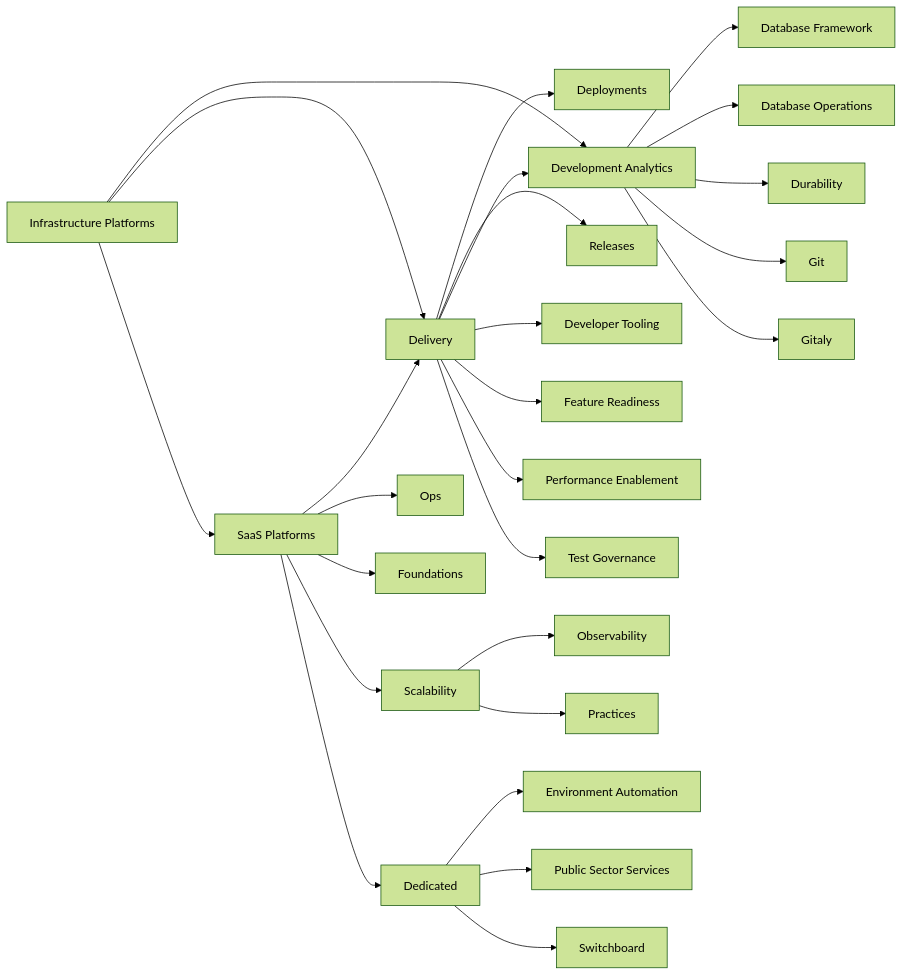
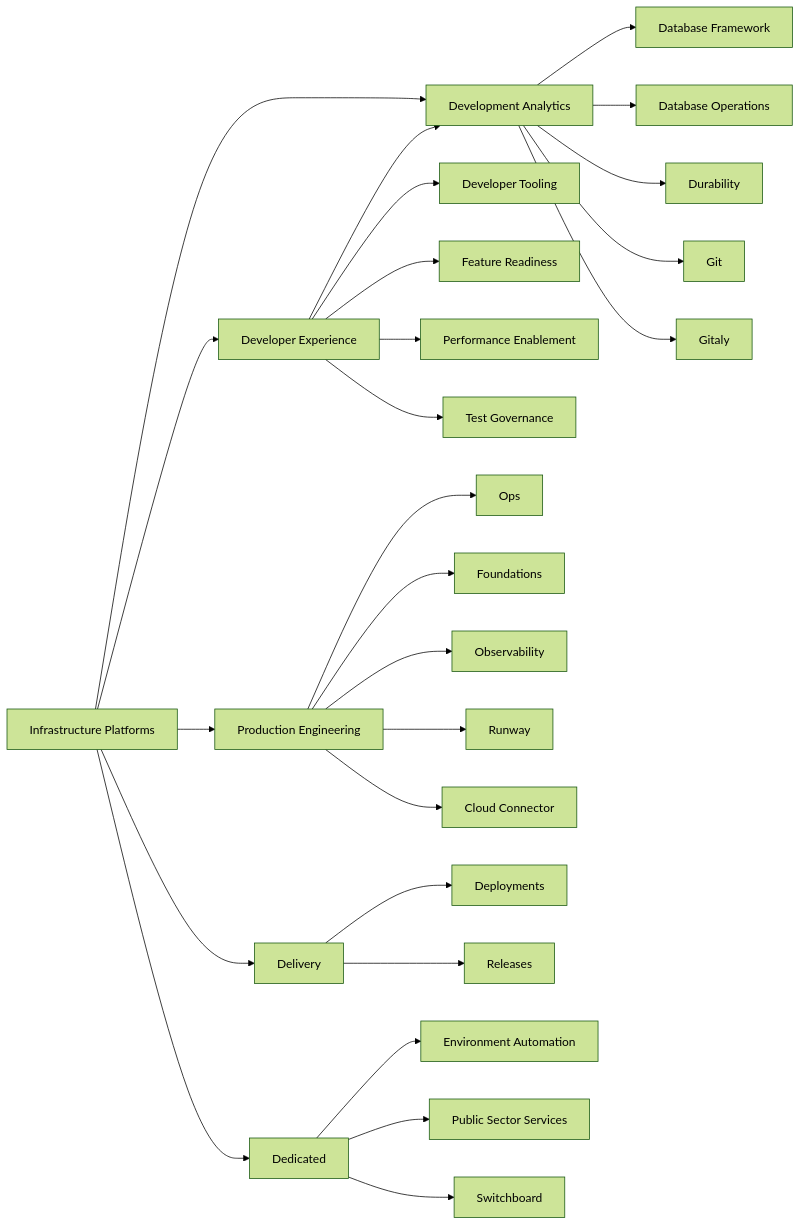
Before and after one commit to zalyoung/gitlab-handbook: the diagram in content/handbook/engineering/infrastructure-platforms/_index.md, drawn with Mermaid (forest theme). The commit also changed other lines of this file, not shown here.

Commit message:
Update Infra handbook after re-org

````diff
--- a/content/handbook/engineering/infrastructure-platforms/_index.md
+++ b/content/handbook/engineering/infrastructure-platforms/_index.md
@@ -30,56 +30,58 @@
 ```mermaid
 flowchart LR
     I[Infrastructure Platforms]
     click I "/handbook/engineering/infrastructure-platforms/"
 
     I --> DA[Data Access]
     click DA "/handbook/engineering/infrastructure-platforms/data-access/"
     I --> DE[Developer Experience]
     click DE "/handbook/engineering/infrastructure-platforms/developer-experience/"
-    I --> SP[SaaS Platforms]
-    click SP "/handbook/engineering/infrastructure/platforms/"
+    I --> PRODENG[Production Engineering]
 
     DA --> DF[Database Framework]
     click DF "/handbook/engineering/infrastructure-platforms/data-access/database-framework/"
     DA --> DO[Database Operations]
     click DO "/handbook/engineering/infrastructure-platforms/data-access/database-operations/"
     DA --> Durability
     click Durability "/handbook/engineering/infrastructure-platforms/data-access/durability/"
     DA --> Git
     click Git "/handbook/engineering/infrastructure-platforms/data-access/git/"
     DA --> Gitaly
     click Gitaly "/handbook/engineering/infrastructure-platforms/data-access/gitaly/"
 
-    SP --> DE[Delivery]
-    click DE "/handbook/engineering/infrastructure/team/delivery/"
-    DE --> Deployments
-    DE --> Releases
-    SP --> Ops
+    I --> DEL[Delivery]
+    click DEL "/handbook/engineering/infrastructure/team/delivery/"
+    DEL --> Deployments
+    DEL --> Releases
+    
+     PRODENG --> Ops
     click Ops "/handbook/engineering/infrastructure/team/ops/"
-    SP --> Foundations
+    PRODENG --> Foundations
     click Foundations "/handbook/engineering/infrastructure/team/foundations/"
-    SP --> Scalability
-    click Scalability "/handbook/engineering/infrastructure/team/scalability/"
-    Scalability --> Observability
-    Scalability --> Practices
+    PRODENG --> Observability
+    click Observability "/handbook/engineering/infrastructure/team/observability/"
+    PRODENG --> Runway
+    click Runway "/handbook/engineering/infrastructure/team/runway/"
+    PRODENG --> CC[Cloud Connector]
+    click CC "/handbook/engineering/infrastructure/team/cloud-connector/"
 
-    SP --> D[Dedicated]
+    I --> D[Dedicated]
     click D "/handbook/engineering/infrastructure/team/gitlab-dedicated/"
     D --> E[Environment Automation]
     click E "/handbook/engineering/infrastructure/team/gitlab-dedicated/"
     D --> PSS[Public Sector Services]
     click PSS "/handbook/engineering/infrastructure/team/gitlab-dedicated/us-public-sector-services/"
     D --> Switchboard
     click Switchboard "/handbook/engineering/infrastructure/team/gitlab-dedicated/switchboard/"
 
     DE --> DA[Development Analytics]
     click DA "/handbook/engineering/infrastructure-platforms/developer-experience/development-analytics/"
     DE --> DT[Developer Tooling]
     click DT "/handbook/engineering/infrastructure-platforms/developer-experience/developer-tooling-team/"
     DE --> FR[Feature Readiness]
     click FR "/handbook/engineering/infrastructure-platforms/developer-experience"
     DE --> PE[Performance Enablement]
     click PE "/handbook/engineering/infrastructure-platforms/developer-experience/performance-enablement/"
     DE --> TG[Test Governance]
     click TG "/handbook/engineering/infrastructure-platforms/developer-experience"
 ```
````
